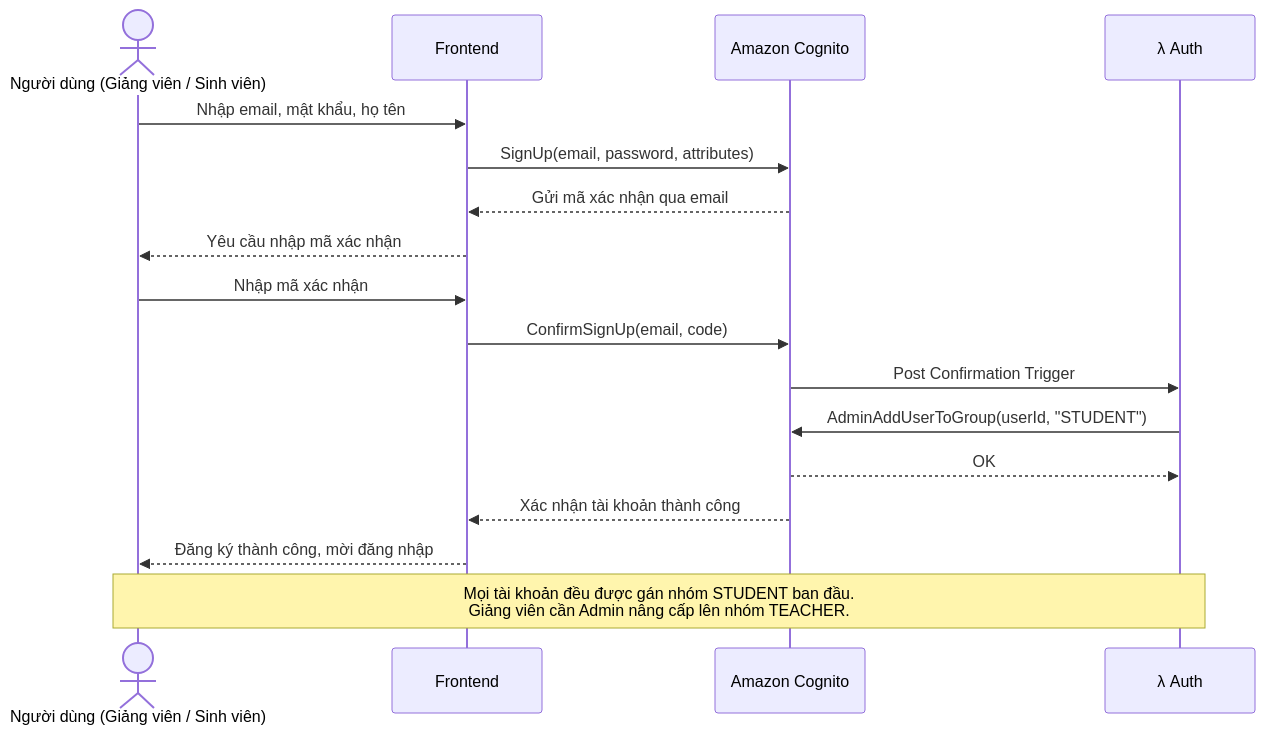
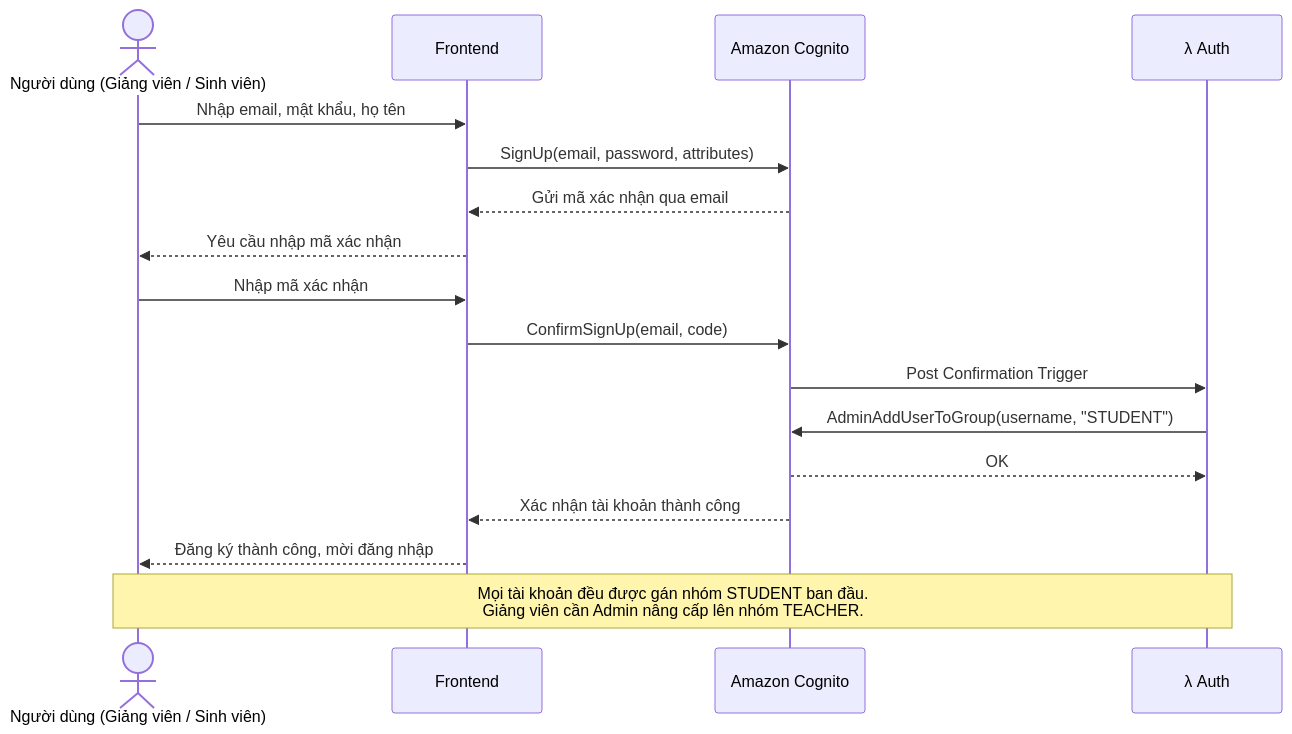
One commit to kentdoan/qr-attendance changed the fourth of 9 diagrams in docs/SRS.md. Above: the diagram before and after it, drawn with Mermaid. The commit also changed other lines of this file and 1 other file, not shown here.

````diff
--- a/docs/SRS.md
+++ b/docs/SRS.md
@@ -150,22 +150,22 @@
 ```mermaid
 sequenceDiagram
     actor User as Người dùng (Giảng viên / Sinh viên)
     participant FE as Frontend
     participant Cognito as Amazon Cognito
     participant Auth as λ Auth
 
     User->>FE: Nhập email, mật khẩu, họ tên
     FE->>Cognito: SignUp(email, password, attributes)
     Cognito-->>FE: Gửi mã xác nhận qua email
     FE-->>User: Yêu cầu nhập mã xác nhận
 
     User->>FE: Nhập mã xác nhận
     FE->>Cognito: ConfirmSignUp(email, code)
     Cognito->>Auth: Post Confirmation Trigger
-    Auth->>Cognito: AdminAddUserToGroup(userId, "STUDENT")
+    Auth->>Cognito: AdminAddUserToGroup(username, "STUDENT")
     Cognito-->>Auth: OK
     Cognito-->>FE: Xác nhận tài khoản thành công
     FE-->>User: Đăng ký thành công, mời đăng nhập
 
     Note over User,Auth: Mọi tài khoản đều được gán nhóm STUDENT ban đầu.<br/>Giảng viên cần Admin nâng cấp lên nhóm TEACHER.
 ```
````
